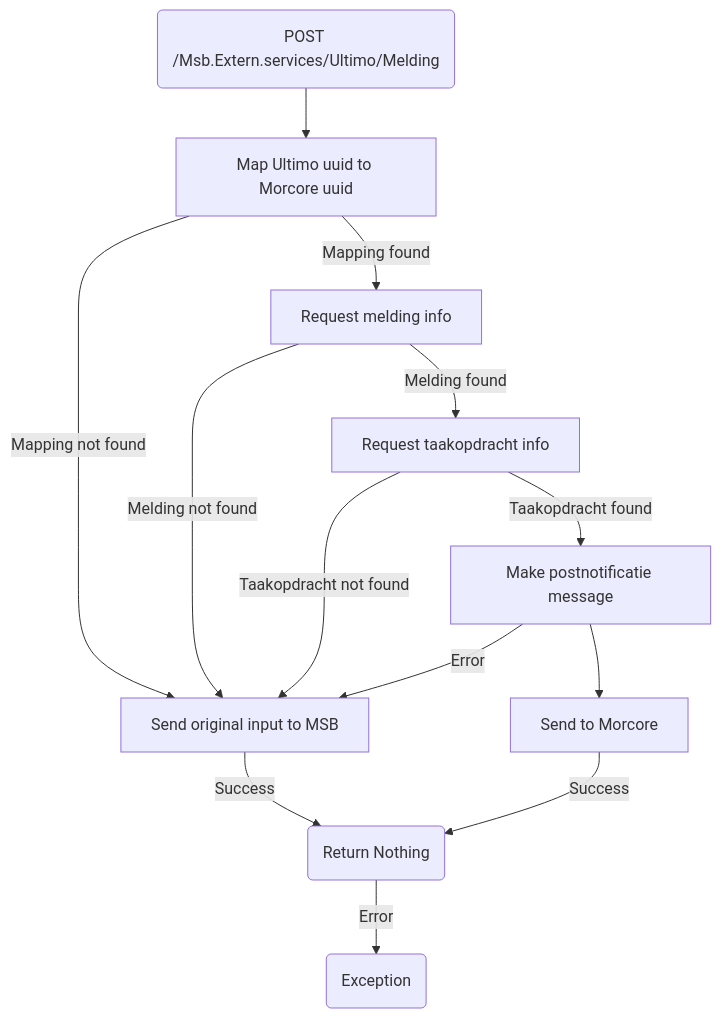
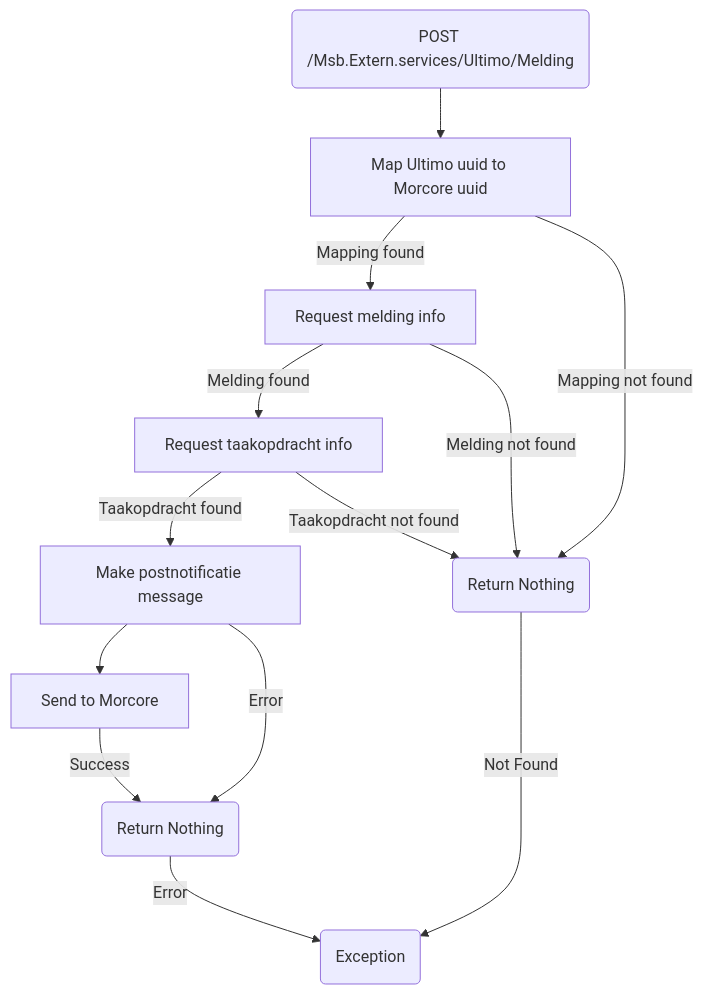
Before and after one commit to wearefrank/morcoreintegration: the diagram in docusaurus/docs/morcoreintegration/frank/postnotificatie.md, drawn with Mermaid. The commit also changed 3 other files, not shown here.

````diff
--- a/docusaurus/docs/morcoreintegration/frank/postnotificatie.md
+++ b/docusaurus/docs/morcoreintegration/frank/postnotificatie.md
@@ -16,21 +16,21 @@
 ```mermaid
 flowchart TD
     A("POST /Msb.Extern.services/Ultimo/Melding") --> B[Map Ultimo uuid to Morcore uuid]
     B -->|Mapping found| C[Request melding info]
     C -->|Melding found| D[Request taakopdracht info]
     D -->|Taakopdracht found| E[Make postnotificatie message]
     E --> F[Send to Morcore]
-    
-    G[Send original input to MSB]
+
+    G(Return Nothing)
     B -->|Mapping not found| G
     C -->|Melding not found| G
     D -->|Taakopdracht not found| G
-    E -->|Error| G
     
     H(Return Nothing)
-    G -->|Success| H
+    E -->|Error| H
     F -->|Success| H
 
     I(Exception)
     H --> |Error| I
+    G --> |Not Found| I
 ```
````
